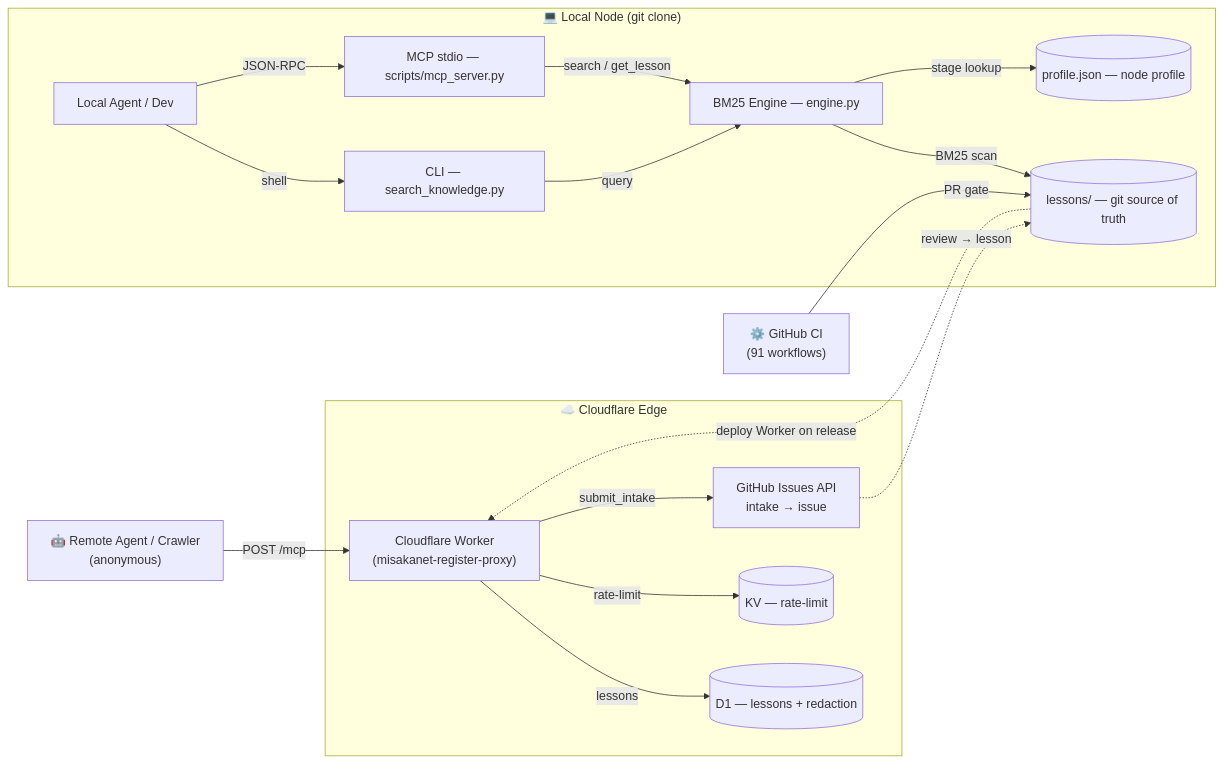
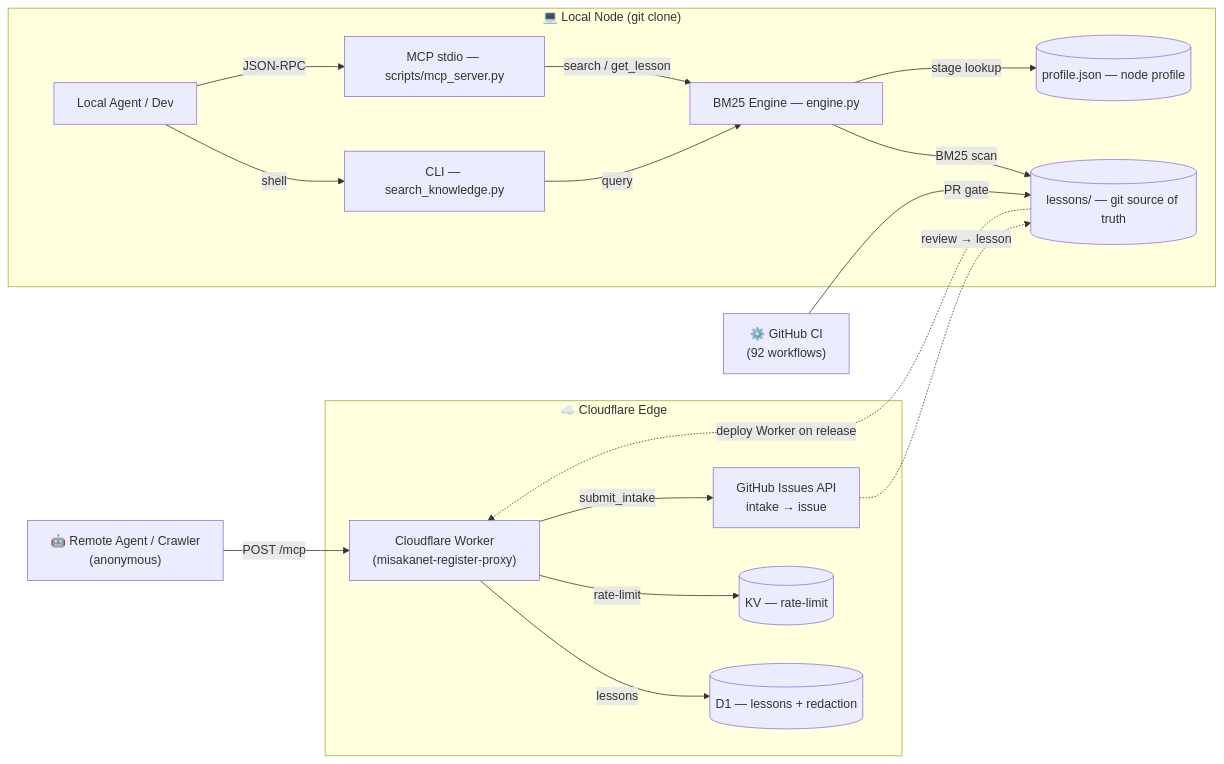
One commit to Ikalus1988/MisakaNet changed the diagram in ARCHITECTURE.md. Above: the diagram before and after it, drawn with Mermaid. The commit also changed other lines of this file and 2 other files, not shown here.

````diff
--- a/ARCHITECTURE.md
+++ b/ARCHITECTURE.md
@@ -131,37 +131,37 @@
 ```mermaid
 flowchart LR
     subgraph Edge["☁️ Cloudflare Edge"]
         Worker["Cloudflare Worker<br/>(misakanet-register-proxy)"]
         D1[("D1 — lessons + redaction")]
         KV[("KV — rate-limit")]
         Intake["GitHub Issues API<br/>intake → issue"]
     end
 
     subgraph Local["💻 Local Node (git clone)"]
         User["Local Agent / Dev"]
         CLI["CLI — search_knowledge.py"]
         MCP["MCP stdio — scripts/mcp_server.py"]
         Engine["BM25 Engine — engine.py"]
         Lessons[("lessons/ — git source of truth")]
         Profile[("profile.json — node profile")]
     end
 
     Crawler["🤖 Remote Agent / Crawler<br/>(anonymous)"]
-    CI["⚙️ GitHub CI<br/>(91 workflows)"]
+    CI["⚙️ GitHub CI<br/>(92 workflows)"]
 
     Crawler -- "POST /mcp" --> Worker
     Worker -- "lessons" --> D1
     Worker -- "rate-limit" --> KV
     Worker -- "submit_intake" --> Intake
     Intake -. "review → lesson" .-> Lessons
 
     User -- "shell" --> CLI
     User -- "JSON-RPC" --> MCP
     CLI -- "query" --> Engine
     MCP -- "search / get_lesson" --> Engine
     Engine -- "BM25 scan" --> Lessons
     Engine -- "stage lookup" --> Profile
 
     CI -- "PR gate" --> Lessons
     Lessons -. "deploy Worker on release" .-> Worker
 ```
````
